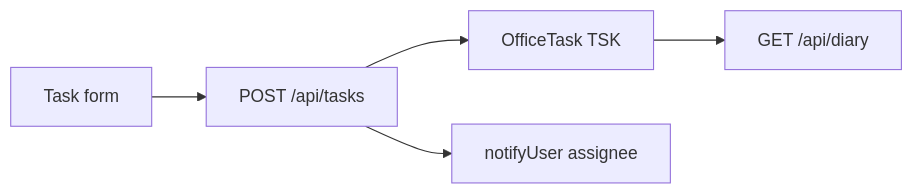
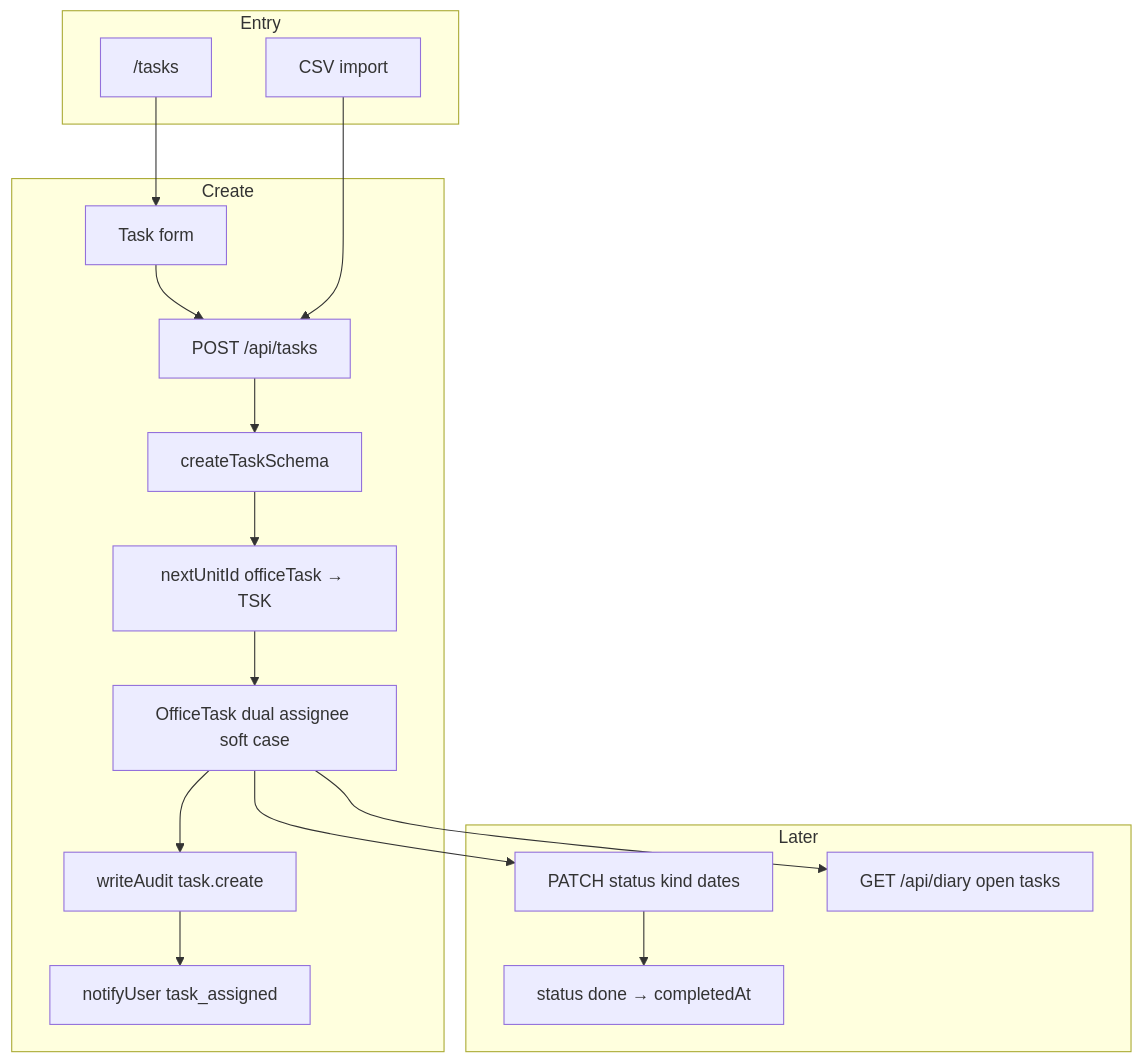
Before and after one commit to psmpasupathi009/mlf: the first of 2 diagrams in docs/mlf flows/tasks_flow.md, drawn with Mermaid. The commit also changed other lines of this file and 52 other files, not shown here.

````diff
--- a/docs/mlf flows/tasks_flow.md
+++ b/docs/mlf flows/tasks_flow.md
@@ -12,7 +7,28 @@
 ```mermaid
-flowchart LR
-  form["Task form"] --> post["POST /api/tasks"]
-  post --> tsk["OfficeTask TSK"]
-  post --> notify["notifyUser assignee"]
-  tsk --> diary["GET /api/diary"]
+flowchart TD
+  subgraph entry [Entry]
+    list["/tasks"]
+    importDlg["CSV import"]
+  end
+
+  subgraph create [Create]
+    form["Task form"]
+    post["POST /api/tasks"]
+    zod["createTaskSchema"]
+    id["nextUnitId officeTask → TSK"]
+    db["OfficeTask dual assignee soft case"]
+    audit["writeAudit task.create"]
+    notify["notifyUser task_assigned"]
+  end
+
+  subgraph later [Later]
+    patch["PATCH status kind dates"]
+    done["status done → completedAt"]
+    diary["GET /api/diary open tasks"]
+  end
+
+  list --> form --> post --> zod --> id --> db --> audit --> notify
+  importDlg --> post
+  db --> patch --> done
+  db --> diary
 ```
````
